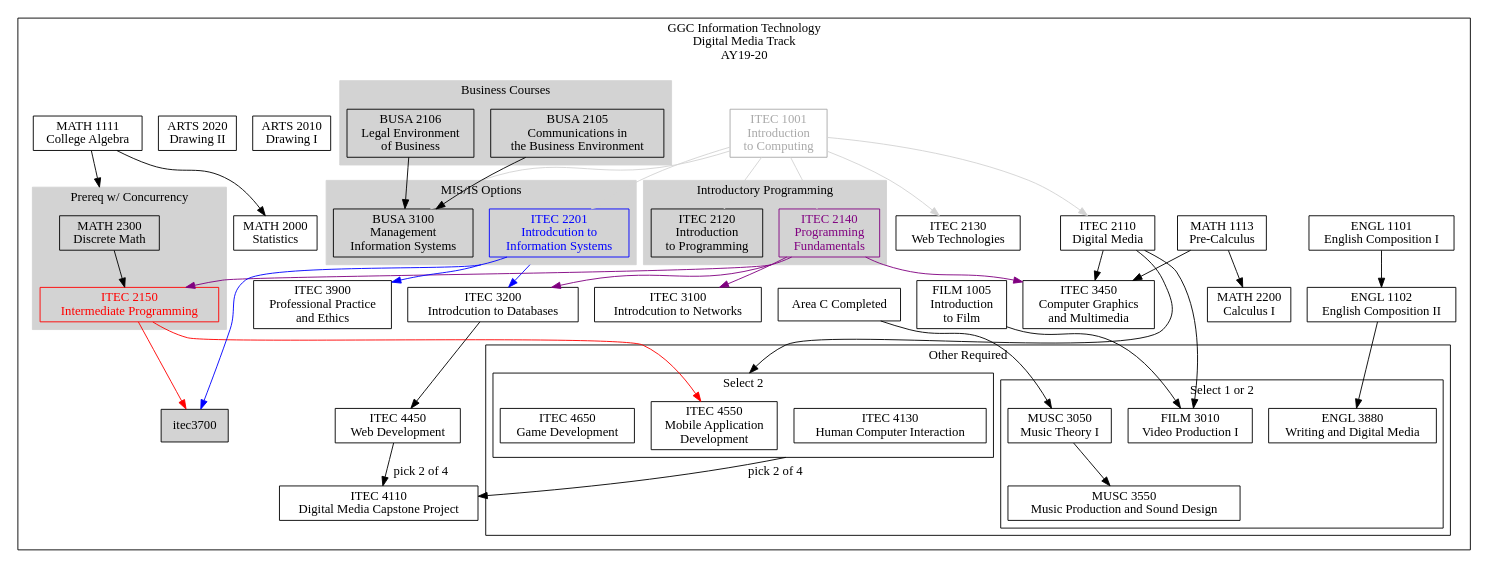
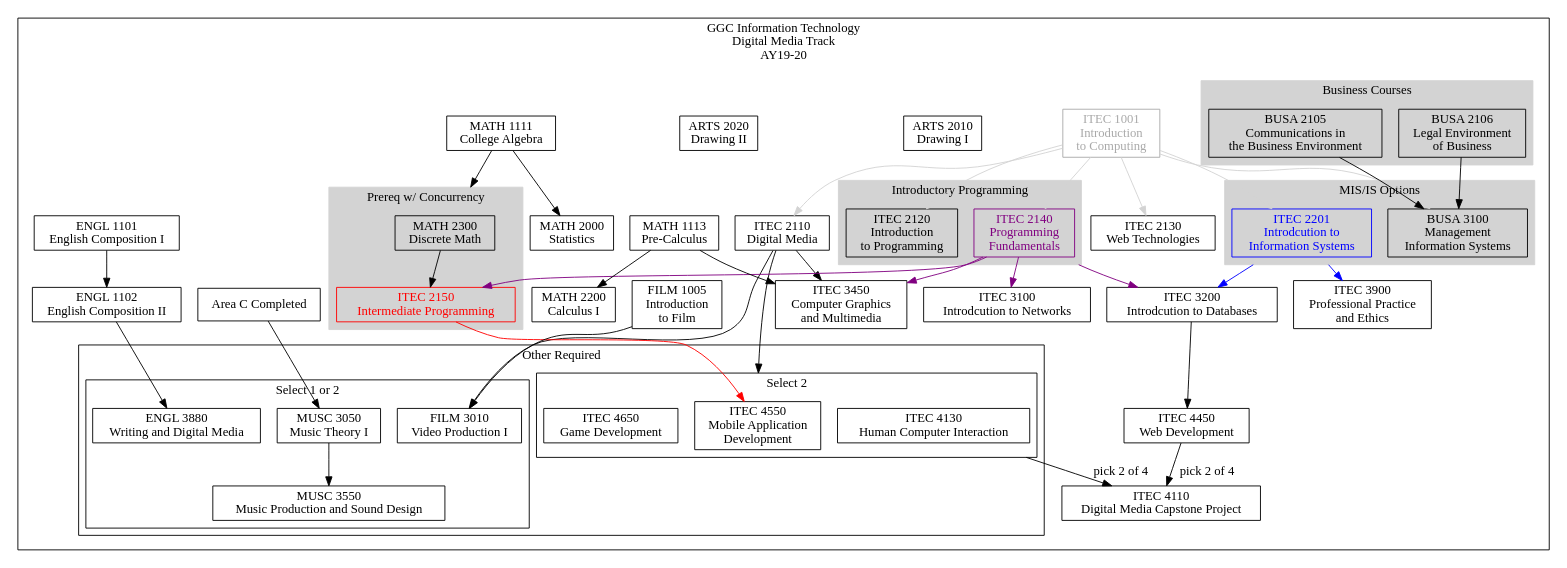
Before and after one commit to rjlutz/itec-plans: the diagram in AY19-20/DigitalMedia.dot, drawn with Graphviz. The commit also changed 10 other files, not shown here.

```diff
--- a/AY19-20/DigitalMedia.dot
+++ b/AY19-20/DigitalMedia.dot
@@ -77,8 +77,12 @@
     // mgmt4220[label = "MGMT 4220\nProject Management"]
 
     // Data Science and Analytics
+    // itec3150[label = "ITEC 3150\nAdvanced Programming"]
+    // itec3700[label = "ITEC 3700\nSystems Analysis\nand Design"]
     // itec3860[label = "ITEC 3860\nSoftware Development I"]
+    // itec3870[label = "ITEC 3870\nSoftware Development II"]
     // itec4150[label = "ITEC 4150\nEnterprise Process Integration"]
+    // itec4200[label = "ITEC 4200\nAdvanced Databases"]
     // itec4210[label = "ITEC 4210\nInformation Analytics"]
     // itec4220[label = "ITEC 4220\nAdvanced Data Analytics"]
     // itec4230[label = "ITEC 4230\nData Science & Analytics Capstone Project"]
@@ -88,7 +92,7 @@
     // domain1[label = "Domain Elective 1"]
     // domain2[label = "Domain Elective 2"]
     // domain3[label = "Domain Elective 3"]
-    // math2210[label = "MATH 2210\nCalculus II"]
+    // math1111[label = "MATH 1111\nCollege Algebra"]
     // math2450[label = "MATH 2450\nLinear Algebra"]
 
     // Digital Media
@@ -143,8 +147,6 @@
 
             itec2140 -> itec3450 [color=purple]
 
-            itec2150 -> itec3700 [lltail=clusterdiscrete color=red]
-            itec2201 -> itec3700 [color=blue]
             itec2201 -> itec3900 [ltail=cluster22013100 color=blue]
 
             math1113 -> math2200
@@ -162,6 +164,7 @@
 
             arts2020
             arts2010
+
             subgraph cluster21202140 {
                 label = "Introductory Programming";
                 color=lightgrey;
```
